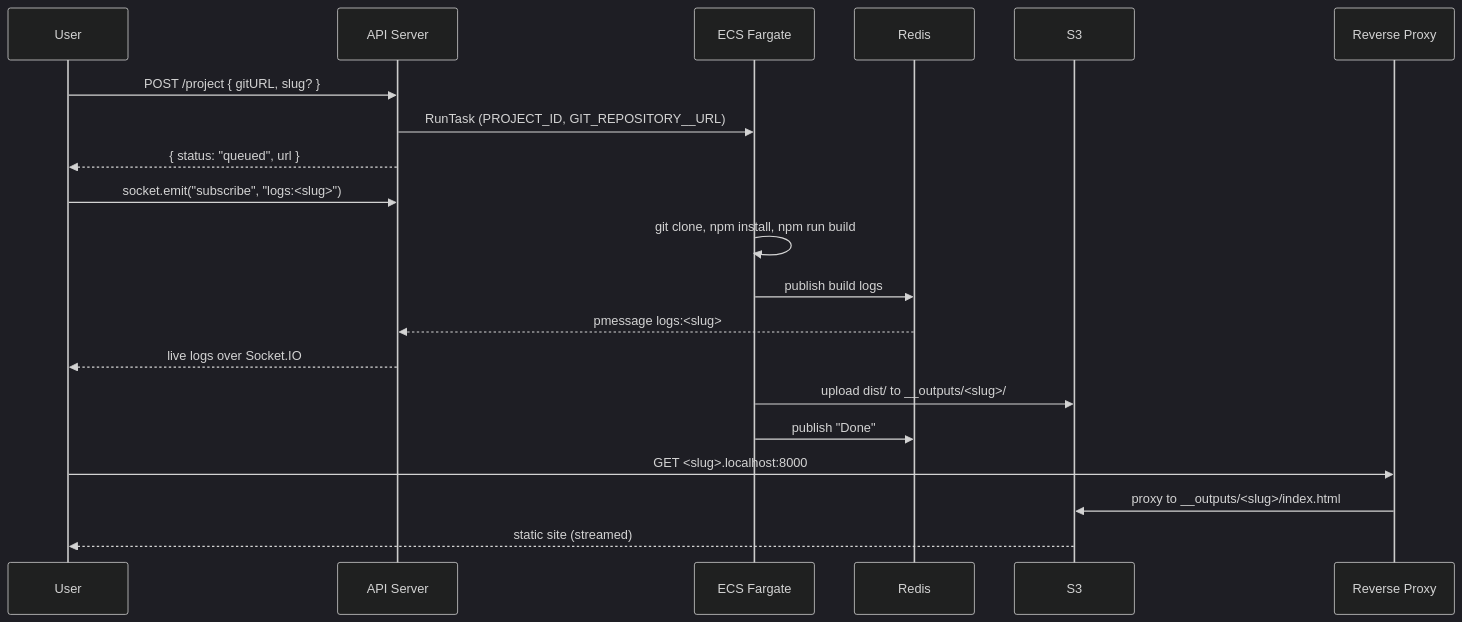
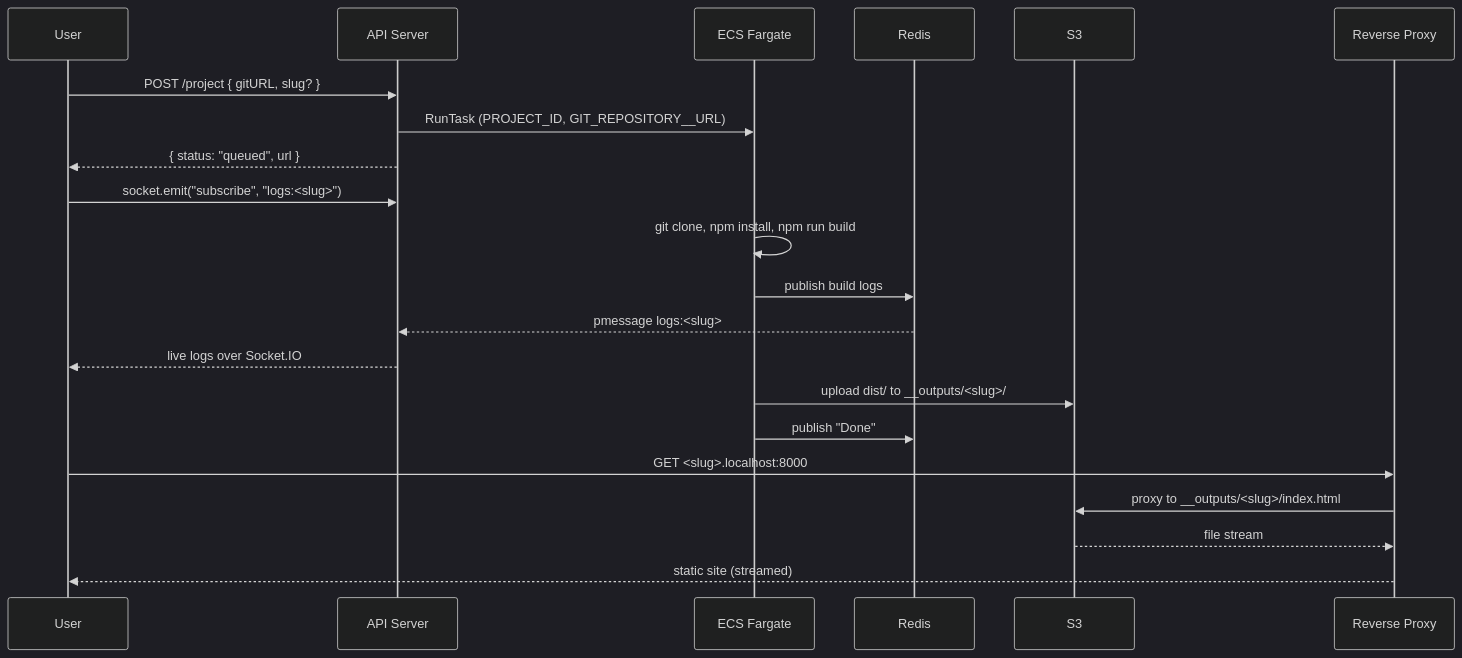
Before and after one commit to hrshagarwal/PodShip: the second of 2 diagrams in README.md, drawn with Mermaid (dark theme). The commit also changed other lines of this file, not shown here.

Commit message:
Simplify README architecture diagram layout

````diff
--- a/README.md
+++ b/README.md
@@ -42,23 +40,24 @@
 ```mermaid
 sequenceDiagram
     participant U as User
     participant A as API Server
     participant E as ECS Fargate
     participant R as Redis
     participant S as S3
     participant P as Reverse Proxy
 
     U->>A: POST /project { gitURL, slug? }
     A->>E: RunTask (PROJECT_ID, GIT_REPOSITORY__URL)
     A-->>U: { status: "queued", url }
     U->>A: socket.emit("subscribe", "logs:#lt;slug#gt;")
     E->>E: git clone, npm install, npm run build
     E->>R: publish build logs
     R-->>A: pmessage logs:#lt;slug#gt;
     A-->>U: live logs over Socket.IO
     E->>S: upload dist/ to __outputs/#lt;slug#gt;/
     E->>R: publish "Done"
     U->>P: GET #lt;slug#gt;.localhost:8000
     P->>S: proxy to __outputs/#lt;slug#gt;/index.html
-    S-->>U: static site (streamed)
+    S-->>P: file stream
+    P-->>U: static site (streamed)
 ```
````
